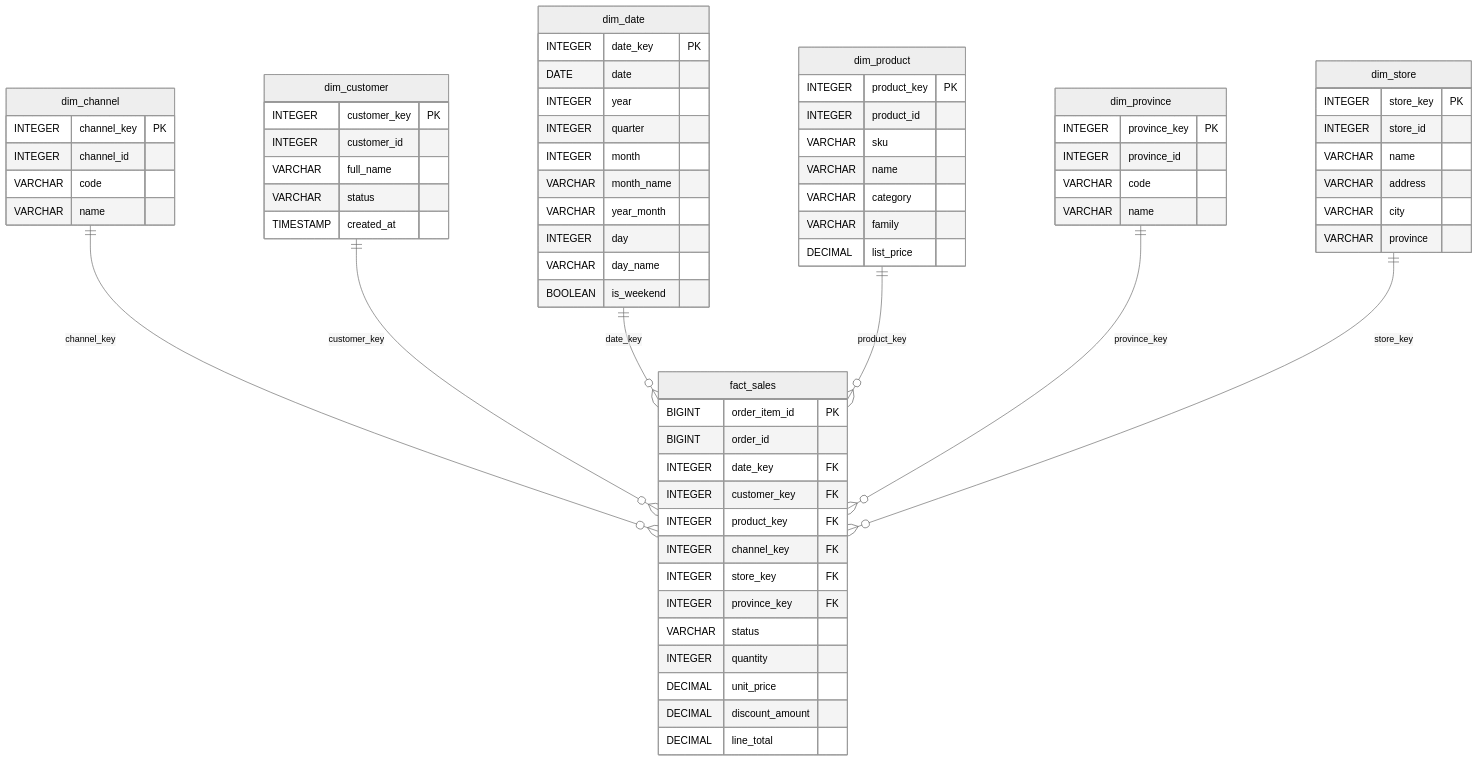
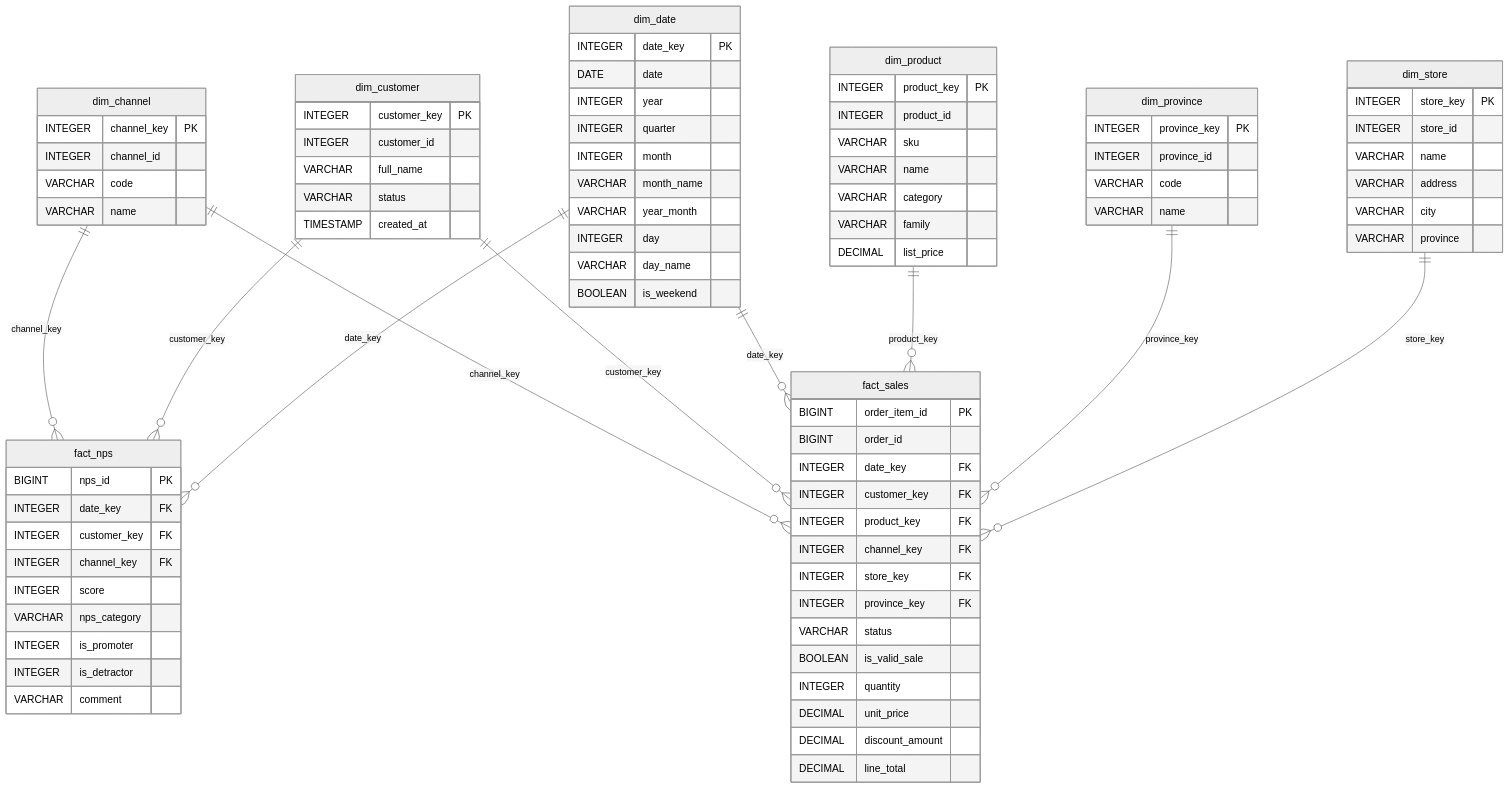
Before and after one commit to juanbrajkovic/practica-imond: the diagram in dw/modelo_estrella.md, drawn with Mermaid (neutral theme). The commit also changed 3 other files, not shown here.

Commit message:
feat(sql): add fact_nps

````diff
--- a/dw/modelo_estrella.md
+++ b/dw/modelo_estrella.md
@@ -5,7 +5,10 @@
 ```mermaid
 erDiagram
+    dim_channel ||--o{ fact_nps : "channel_key"
     dim_channel ||--o{ fact_sales : "channel_key"
+    dim_customer ||--o{ fact_nps : "customer_key"
     dim_customer ||--o{ fact_sales : "customer_key"
+    dim_date ||--o{ fact_nps : "date_key"
     dim_date ||--o{ fact_sales : "date_key"
     dim_product ||--o{ fact_sales : "product_key"
     dim_province ||--o{ fact_sales : "province_key"
@@ -58,6 +61,17 @@
         VARCHAR city
         VARCHAR province
     }
+    fact_nps {
+        BIGINT nps_id PK
+        INTEGER date_key FK
+        INTEGER customer_key FK
+        INTEGER channel_key FK
+        INTEGER score
+        VARCHAR nps_category
+        INTEGER is_promoter
+        INTEGER is_detractor
+        VARCHAR comment
+    }
     fact_sales {
         BIGINT order_item_id PK
         BIGINT order_id
@@ -68,6 +82,7 @@
         INTEGER store_key FK
         INTEGER province_key FK
         VARCHAR status
+        BOOLEAN is_valid_sale
         INTEGER quantity
         DECIMAL unit_price
         DECIMAL discount_amount
````
